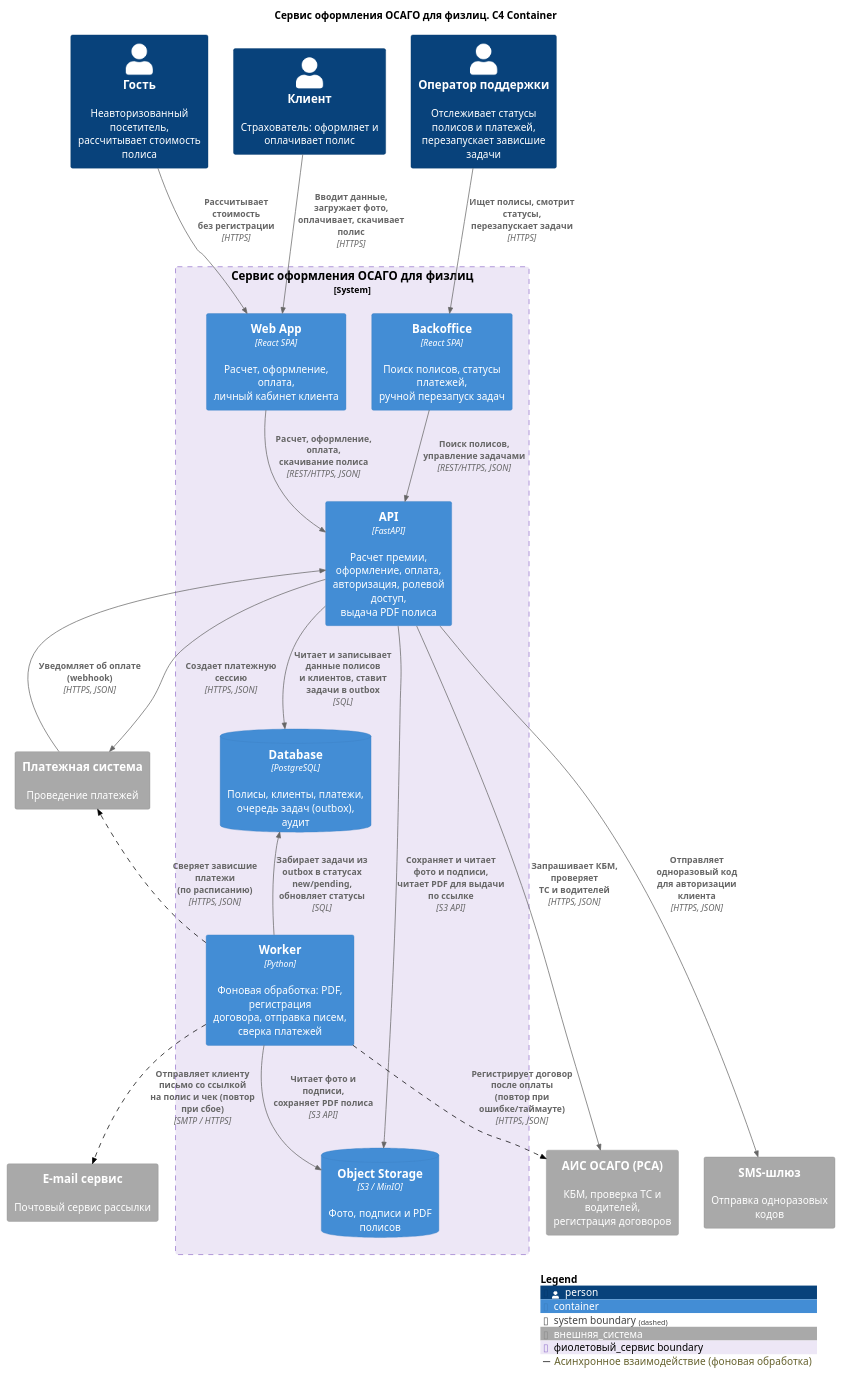
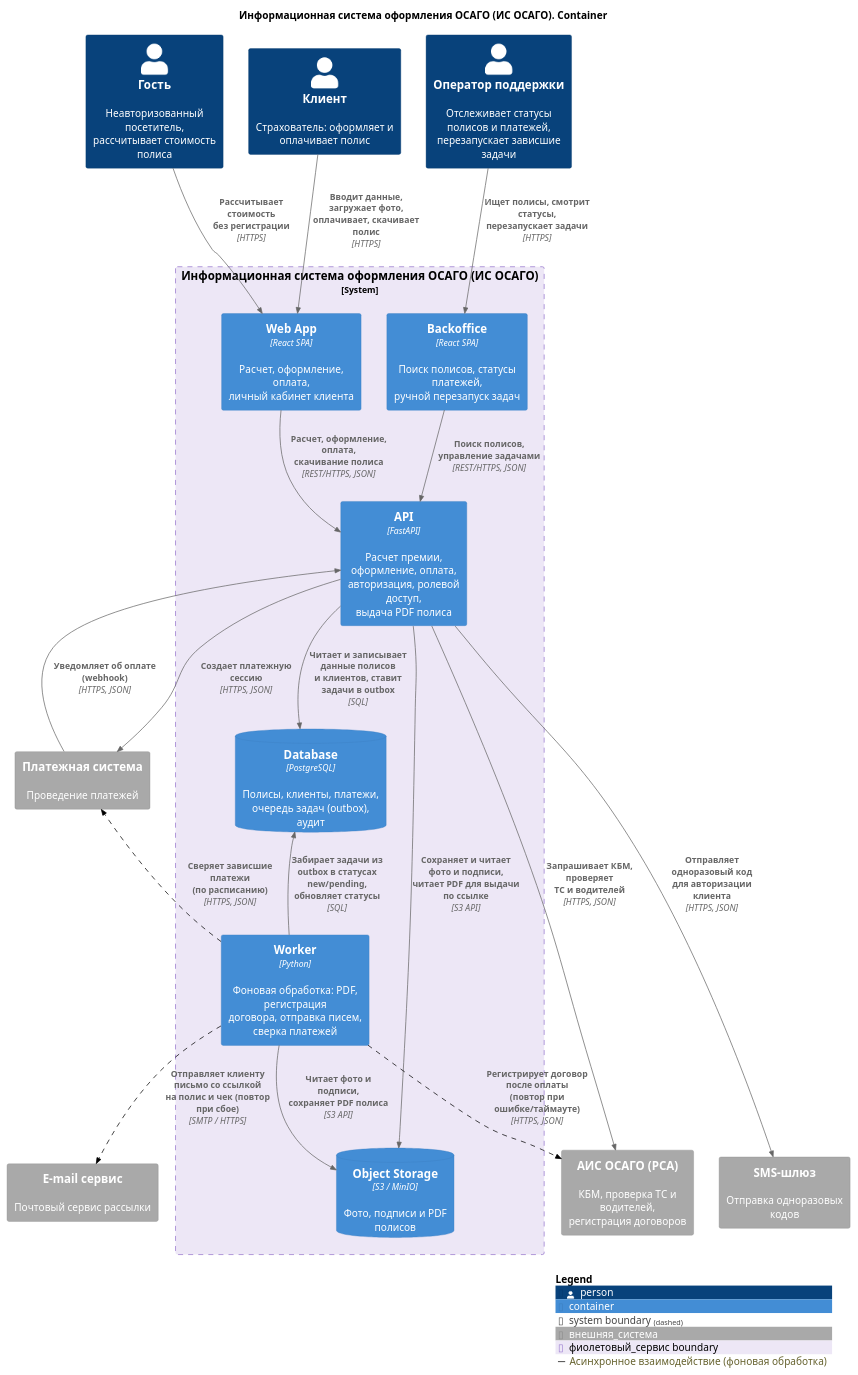
The diagram in docs_and_diagrams/Artem/container.puml (ElectricLight-ELO/Insurance-system), drawn with PlantUML before and after one commit.

```diff
--- a/docs_and_diagrams/Artem/container.puml
+++ b/docs_and_diagrams/Artem/container.puml
@@ -1,92 +1,92 @@
 @startuml
 !include https://raw.githubusercontent.com/plantuml-stdlib/C4-PlantUML/master/C4_Container.puml
 
-title Сервис оформления ОСАГО для физлиц. C4 Container
+title Информационная система оформления ОСАГО (ИС ОСАГО). Container
 
 ' === НАСТРОЙКА ЦВЕТОВ ===
 AddSystemTag("внешняя_система", $bgColor="#A9A9A9", $borderColor="#8A8A8A", $fontColor="#FFFFFF")
 AddBoundaryTag("фиолетовый_сервис", $bgColor="#EDE7F6", $borderColor="#9575CD", $fontColor="#000000")
 AddRelTag("пунктир", $lineStyle=DashedLine(), $lineColor="#000000", $legendText="Асинхронное взаимодействие (фоновая обработка)")
 
 ' === ЭЛЕМЕНТЫ ===
 
 Person(guest, "Гость", "Неавторизованный посетитель,\nрассчитывает стоимость полиса")
 Person(client, "Клиент", "Страхователь: оформляет и\nоплачивает полис")
 Person(support, "Оператор поддержки", "Отслеживает статусы полисов и платежей,\nперезапускает зависшие задачи")
 
-System_Boundary(osago_service, "Сервис оформления ОСАГО для физлиц", $tags="фиолетовый_сервис") {
+System_Boundary(osago_service, "Информационная система оформления ОСАГО (ИС ОСАГО)", $tags="фиолетовый_сервис") {
 
     Container(web_app, "Web App", "React SPA", "Расчет, оформление, оплата,\nличный кабинет клиента")
 
     Container(backoffice, "Backoffice", "React SPA", "Поиск полисов, статусы платежей,\nручной перезапуск задач")
 
     Container(api, "API", "FastAPI", "Расчет премии, оформление, оплата,\nавторизация, ролевой доступ,\nвыдача PDF полиса")
 
     ContainerDb(database, "Database", "PostgreSQL", "Полисы, клиенты, платежи,\nочередь задач (outbox), аудит")
 
     ContainerDb(object_storage, "Object Storage", "S3 / MinIO", "Фото, подписи и PDF полисов")
 
     Container(worker, "Worker", "Python", "Фоновая обработка: PDF, регистрация\nдоговора, отправка писем, сверка платежей")
 }
 
 ' Внешние системы (серые, внизу)
 System_Ext(payment_sys, "Платежная система", "Проведение платежей", $tags="внешняя_система")
 System_Ext(email_sys, "E-mail сервис", "Почтовый сервис рассылки", $tags="внешняя_система")
 System_Ext(ais_osago, "АИС ОСАГО (РСА)", "КБМ, проверка ТС и водителей,\nрегистрация договоров", $tags="внешняя_система")
 System_Ext(sms_sys, "SMS-шлюз", "Отправка одноразовых кодов", $tags="внешняя_система")
 
 ' === СВЯЗИ ===
 
 ' Персоны
 Rel(guest, web_app, "Рассчитывает стоимость\nбез регистрации", "HTTPS")
 Rel(client, web_app, "Вводит данные, загружает фото,\nоплачивает, скачивает полис", "HTTPS")
 Rel(support, backoffice, "Ищет полисы, смотрит статусы,\nперезапускает задачи", "HTTPS")
 
 ' Фронтенды -> API
 Rel(web_app, api, "Расчет, оформление, оплата,\nскачивание полиса", "REST/HTTPS, JSON")
 Rel(backoffice, api, "Поиск полисов,\nуправление задачами", "REST/HTTPS, JSON")
 
 ' API -> внутренние хранилища
 Rel(api, database, "Читает и записывает данные полисов\nи клиентов, ставит задачи в outbox", "SQL")
 Rel(api, object_storage, "Сохраняет и читает фото и подписи,\nчитает PDF для выдачи по ссылке", "S3 API")
 
 ' API -> внешние системы (синхронно)
 Rel(api, sms_sys, "Отправляет одноразовый код\nдля авторизации клиента", "HTTPS, JSON")
 Rel(api, payment_sys, "Создает платежную сессию", "HTTPS, JSON")
 Rel(payment_sys, api, "Уведомляет об оплате (webhook)", "HTTPS, JSON")
 Rel(api, ais_osago, "Запрашивает КБМ, проверяет\nТС и водителей", "HTTPS, JSON")
 
 ' Worker -> внутренние хранилища
 Rel(worker, database, "Забирает задачи из outbox в статусах\nnew/pending, обновляет статусы", "SQL")
 Rel(worker, object_storage, "Читает фото и подписи,\nсохраняет PDF полиса", "S3 API")
 
 ' Worker -> внешние системы (асинхронно, пунктир)
 Rel(worker, ais_osago, "Регистрирует договор после оплаты\n(повтор при ошибке/таймауте)", "HTTPS, JSON", $tags="пунктир")
 Rel(worker, payment_sys, "Сверяет зависшие платежи\n(по расписанию)", "HTTPS, JSON", $tags="пунктир")
 Rel(worker, email_sys, "Отправляет клиенту письмо со ссылкой\nна полис и чек (повтор при сбое)", "SMTP / HTTPS", $tags="пунктир")
 
 ' === УПРАВЛЕНИЕ LAYOUT (скрытые связи) ===
 
 ' Персоны в один ряд
 guest -[hidden]right- client
 client -[hidden]right- support
 
 ' Фронтенды под своими персонами
 client -[hidden]down- web_app
 support -[hidden]down- backoffice
 web_app -[hidden]right- backoffice
 
 ' Ядро
 web_app -[hidden]down- api
 api -[hidden]down- database
 database -[hidden]right- object_storage
 database -[hidden]down- worker
 
 ' Внешние системы внизу
 osago_service -[hidden]down- payment_sys
 payment_sys -[hidden]right- email_sys
 email_sys -[hidden]right- ais_osago
 ais_osago -[hidden]right- sms_sys
 
 SHOW_LEGEND()
 @enduml
```
